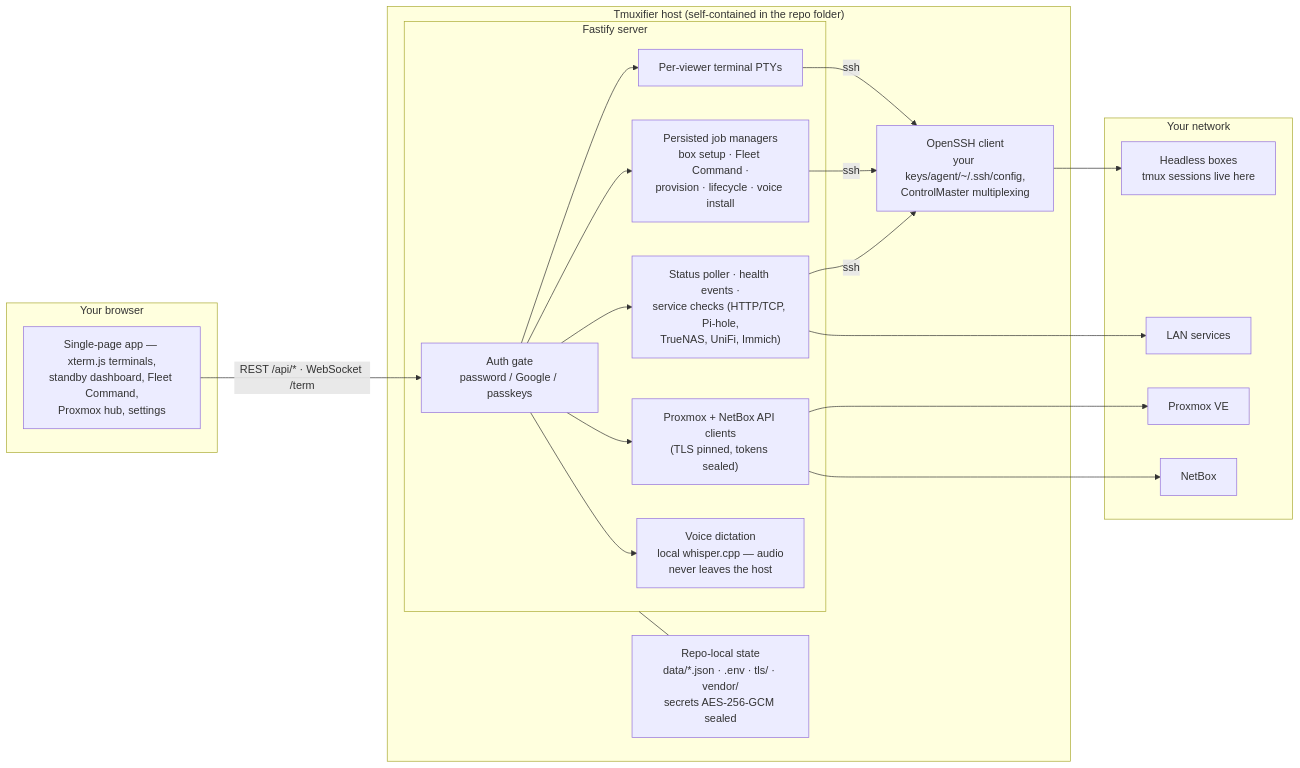
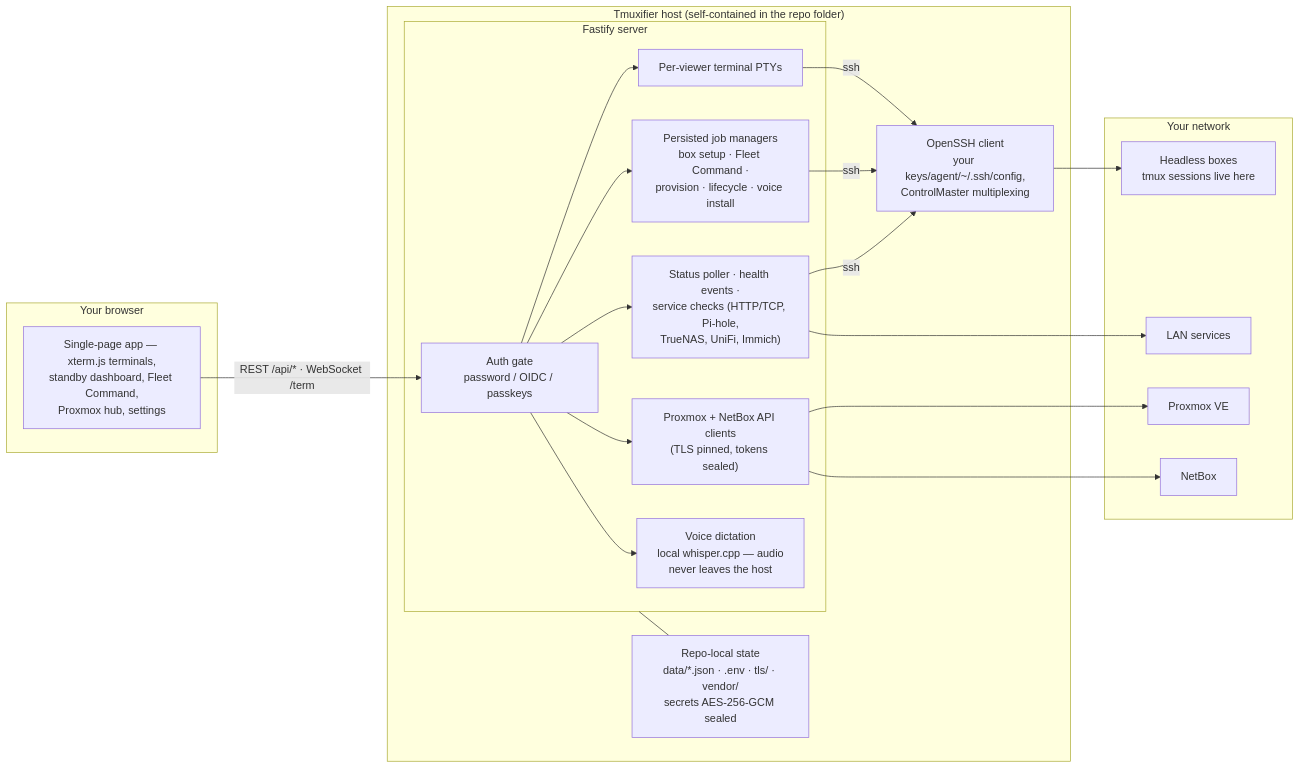
One commit to mmakam2/tmuxifier changed the diagram in README.md. Above: the diagram before and after it, drawn with Mermaid. The commit also changed other lines of this file and 32 other files, not shown here.

First line of the commit message:
feat(auth): generic OIDC sign-in (authentik, Google, …) (#8)

````diff
--- a/README.md
+++ b/README.md
@@ -112,34 +112,34 @@
 ```mermaid
 flowchart LR
   subgraph browser["Your browser"]
     SPA["Single-page app — xterm.js terminals,<br/>standby dashboard, Fleet Command,<br/>Proxmox hub, settings"]
   end
 
   subgraph host["Tmuxifier host (self-contained in the repo folder)"]
     subgraph fastify["Fastify server"]
-      AUTH["Auth gate<br/>password / Google / passkeys"]
+      AUTH["Auth gate<br/>password / OIDC / passkeys"]
       TERM["Per-viewer terminal PTYs"]
       JOBS["Persisted job managers<br/>box setup · Fleet Command ·<br/>provision · lifecycle · voice install"]
       POLL["Status poller · health events ·<br/>service checks (HTTP/TCP, Pi-hole,<br/>TrueNAS, UniFi, Immich)"]
       PROX["Proxmox + NetBox API clients<br/>(TLS pinned, tokens sealed)"]
       VOICE["Voice dictation<br/>local whisper.cpp — audio<br/>never leaves the host"]
     end
     SSHC["OpenSSH client<br/>your keys/agent/~/.ssh/config,<br/>ControlMaster multiplexing"]
     DATA["Repo-local state<br/>data/*.json · .env · tls/ · vendor/<br/>secrets AES-256-GCM sealed"]
   end
 
   subgraph net["Your network"]
     BOX["Headless boxes<br/>tmux sessions live here"]
     PVE["Proxmox VE"]
     NBX["NetBox"]
     LAN["LAN services"]
   end
 
   SPA -->|"REST /api/* · WebSocket /term"| AUTH
   AUTH --> TERM & JOBS & POLL & PROX & VOICE
   TERM & JOBS & POLL -->|"ssh"| SSHC
   SSHC --> BOX
   PROX --> PVE & NBX
   POLL --> LAN
   fastify --- DATA
 ```
````
